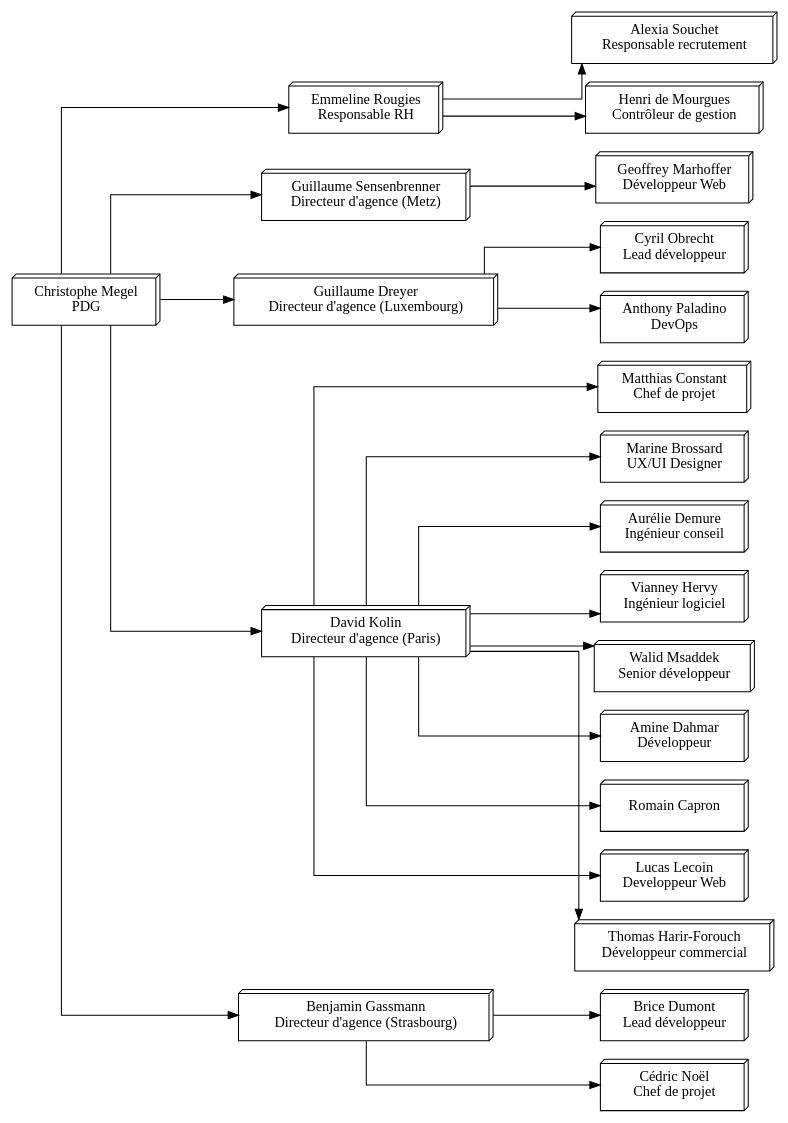
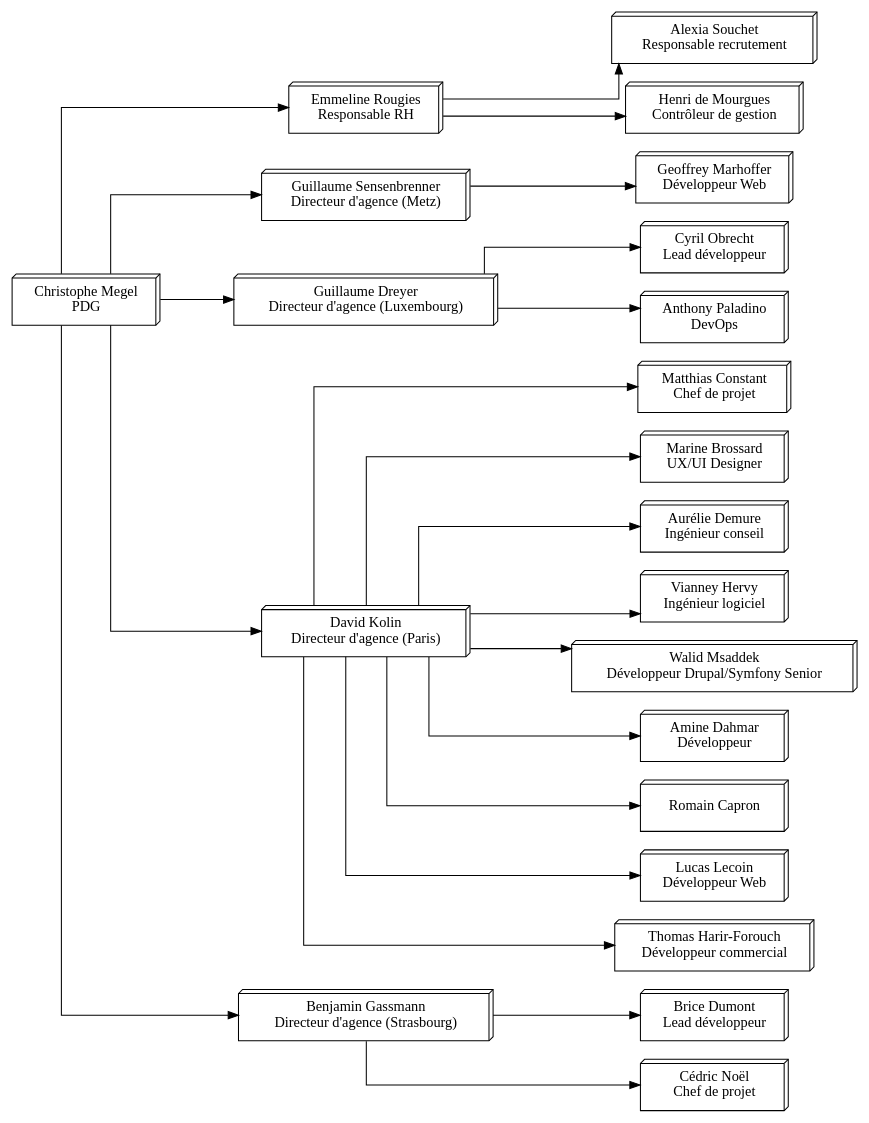
The diagram in actimage/assets/org-chart.dot (sully-vian/internships), drawn with Graphviz before and after one commit. The commit also changed 2 other files, not shown here.

```diff
--- a/actimage/assets/org-chart.dot
+++ b/actimage/assets/org-chart.dot
@@ -1,43 +1,43 @@
 digraph ORG {
 
     rankdir=LR
     splines=ortho;
     ranksep=1;
 
     node[shape=box3d, width=2, height=0.7];
 
     CME[label="Christophe Megel\nPDG"];
 
     ERO[label="Emmeline Rougies\nResponsable RH"];
     ASO[label="Alexia Souchet\nResponsable recrutement"];
     HMO[label="Henri de Mourgues\nContrôleur de gestion"];
     ERO -> {ASO HMO}
 
     GSE[label="Guillaume Sensenbrenner\nDirecteur d'agence (Metz)"];
     GMA[label="Geoffrey Marhoffer\nDéveloppeur Web"];
     GSE -> {GMA}
 
     GDR[label="Guillaume Dreyer\nDirecteur d'agence (Luxembourg)"];
     COB[label="Cyril Obrecht\nLead développeur"];
     APA[label="Anthony Paladino\nDevOps"];
     GDR -> {COB APA}
 
     DKO[label="David Kolin\nDirecteur d'agence (Paris)"];
     MCO[label="Matthias Constant\nChef de projet"];
     MBR[label="Marine Brossard\n UX/UI Designer"];
     ADE[label="Aurélie Demure\nIngénieur conseil"];
     VHE[label="Vianney Hervy\nIngénieur logiciel"];
-    WMS[label="Walid Msaddek\nSenior développeur"];
+    WMS[label="Walid Msaddek\nDéveloppeur Drupal/Symfony Senior"];
     ADA[label="Amine Dahmar\nDéveloppeur"];
     RCA[label="Romain Capron"];
-    LLE[label="Lucas Lecoin\nDeveloppeur Web"];
+    LLE[label="Lucas Lecoin\nDéveloppeur Web"];
     THA[label="Thomas Harir-Forouch\nDéveloppeur commercial"];
     DKO -> {MCO MBR VHE ADE RCA WMS ADA LLE THA}
 
     BGA[label="Benjamin Gassmann\nDirecteur d'agence (Strasbourg)"];
     BDU[label="Brice Dumont\nLead développeur"];
     CNO[label="Cédric Noël\nChef de projet"];
     BGA -> {BDU CNO}
 
     CME -> {ERO GSE DKO GDR BGA}
 }
```
